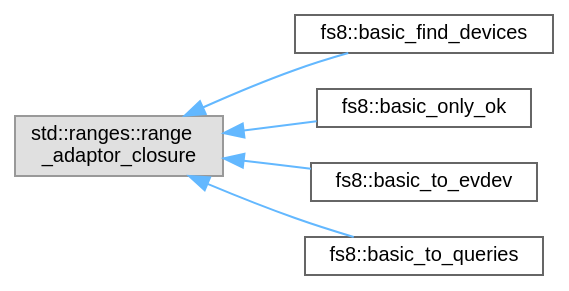
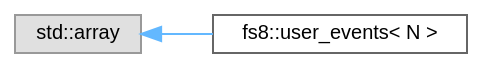
One commit to the-moisrex/foresight changed the diagram in api/inherit_graph_137.dot. Above: the diagram before and after it, drawn with Graphviz. The commit also changed 211 other files, not shown here.

```diff
--- a/api/inherit_graph_137.dot
+++ b/api/inherit_graph_137.dot
@@ -1,17 +1,11 @@
 digraph "Graphical Class Hierarchy"
 {
  // LATEX_PDF_SIZE
   bgcolor="transparent";
   edge [fontname=Helvetica,fontsize=10,labelfontname=Helvetica,labelfontsize=10];
   node [fontname=Helvetica,fontsize=10,shape=box,height=0.2,width=0.4];
   rankdir="LR";
-  Node0 [id="Node000000",label="std::ranges::range\l_adaptor_closure",height=0.2,width=0.4,color="grey60", fillcolor="#E0E0E0", style="filled",tooltip=" "];
-  Node0 -> Node1 [id="edge126_Node000000_Node000001",dir="back",color="steelblue1",style="solid",tooltip=" "];
-  Node1 [id="Node000001",label="fs8::basic_find_devices",height=0.2,width=0.4,color="grey40", fillcolor="white", style="filled",URL="$structfs8_1_1basic__find__devices.html",tooltip=" "];
-  Node0 -> Node2 [id="edge127_Node000000_Node000002",dir="back",color="steelblue1",style="solid",tooltip=" "];
-  Node2 [id="Node000002",label="fs8::basic_only_ok",height=0.2,width=0.4,color="grey40", fillcolor="white", style="filled",URL="$structfs8_1_1basic__only__ok.html",tooltip=" "];
-  Node0 -> Node3 [id="edge128_Node000000_Node000003",dir="back",color="steelblue1",style="solid",tooltip=" "];
-  Node3 [id="Node000003",label="fs8::basic_to_evdev",height=0.2,width=0.4,color="grey40", fillcolor="white", style="filled",URL="$structfs8_1_1basic__to__evdev.html",tooltip=" "];
-  Node0 -> Node4 [id="edge129_Node000000_Node000004",dir="back",color="steelblue1",style="solid",tooltip=" "];
-  Node4 [id="Node000004",label="fs8::basic_to_queries",height=0.2,width=0.4,color="grey40", fillcolor="white", style="filled",URL="$structfs8_1_1basic__to__queries.html",tooltip=" "];
+  Node0 [id="Node000000",label="std::array",height=0.2,width=0.4,color="grey60", fillcolor="#E0E0E0", style="filled",tooltip=" "];
+  Node0 -> Node1 [id="edge127_Node000000_Node000001",dir="back",color="steelblue1",style="solid",tooltip=" "];
+  Node1 [id="Node000001",label="fs8::user_events\< N \>",height=0.2,width=0.4,color="grey40", fillcolor="white", style="filled",URL="$structfs8_1_1user__events.html",tooltip=" "];
 }
```
